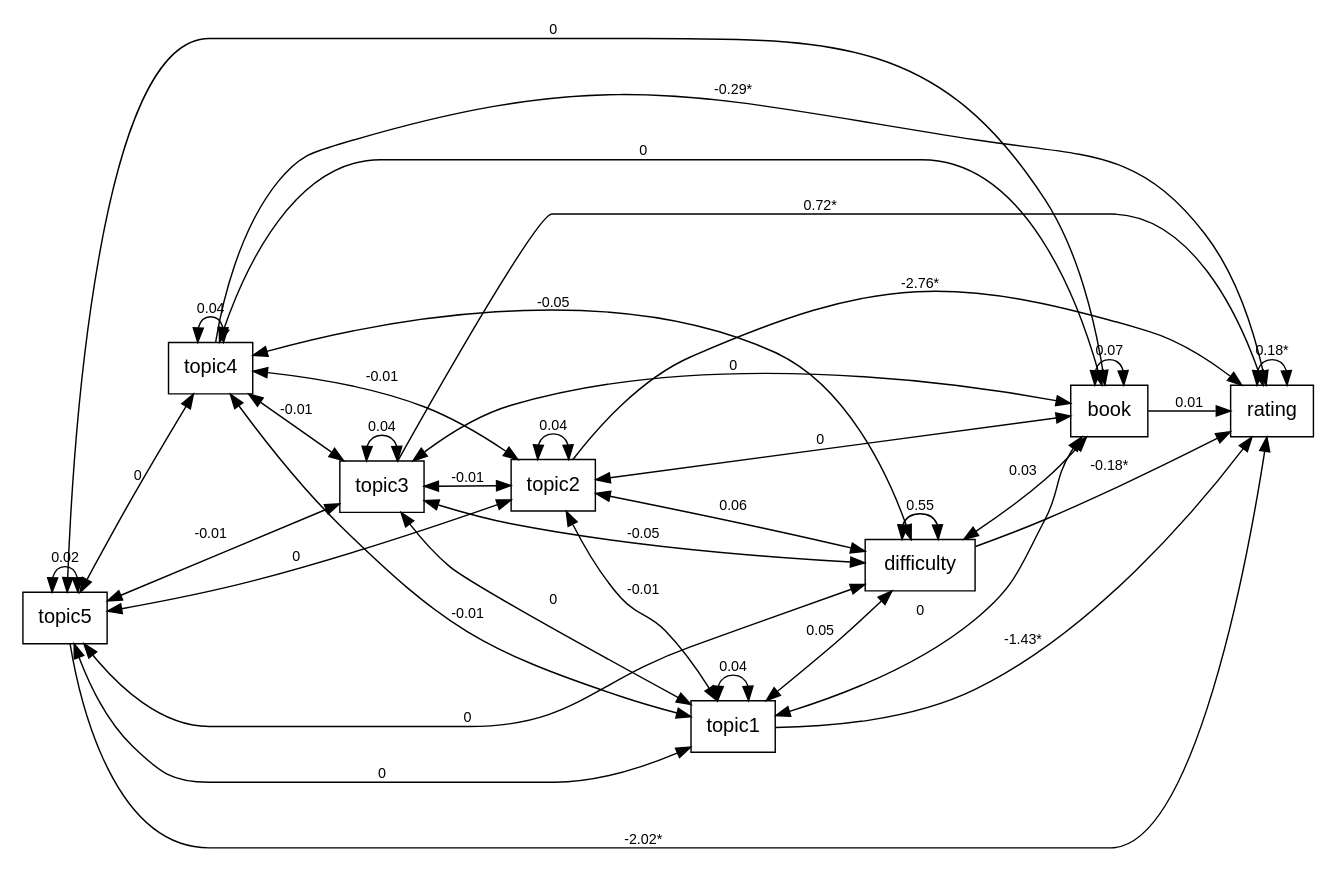
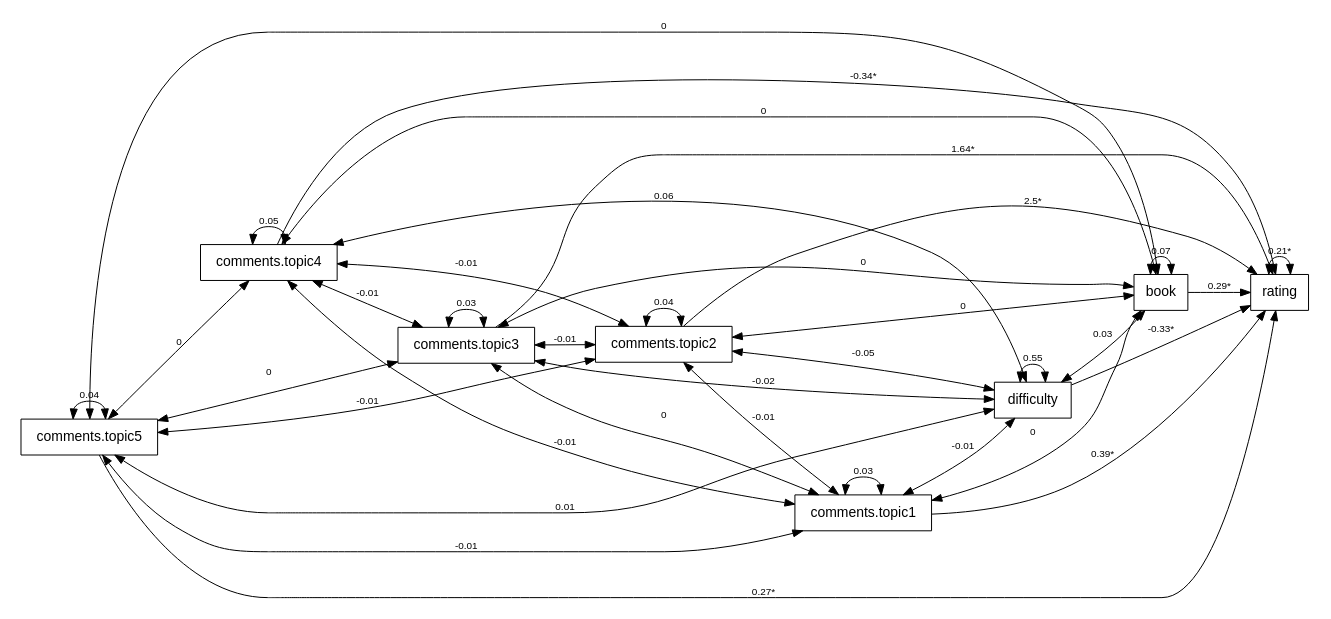
Before and after one commit to Stan7s/TextSEM: the diagram in topic.dot, drawn with Graphviz. The commit also changed 9 other files, not shown here.

```diff
--- a/topic.dot
+++ b/topic.dot
@@ -1,43 +1,43 @@
 digraph "pathdiagram" {
   rankdir=LR;
   size="8,8";
   node [fontname="Helvetica" fontsize=14 shape=box];
   edge [fontname="Helvetica" fontsize=10];
   center=1;
-  "book" -> "rating" [label="0.01"];
-  "difficulty" -> "rating" [label="-0.18*"];
-  "topic1" -> "rating" [label="-1.43*"];
-  "topic2" -> "rating" [label="-2.76*"];
-  "topic3" -> "rating" [label="0.72*"];
-  "topic4" -> "rating" [label="-0.29*"];
-  "topic5" -> "rating" [label="-2.02*"];
-  "rating" -> "rating" [label="0.18*"  dir=both];
+  "book" -> "rating" [label="0.29*"];
+  "difficulty" -> "rating" [label="-0.33*"];
+  "comments.topic1" -> "rating" [label="0.39*"];
+  "comments.topic2" -> "rating" [label="2.5*"];
+  "comments.topic3" -> "rating" [label="1.64*"];
+  "comments.topic4" -> "rating" [label="-0.34*"];
+  "comments.topic5" -> "rating" [label="0.27*"];
+  "rating" -> "rating" [label="0.21*"  dir=both];
   "book" -> "book" [label="0.07"  dir=both];
   "difficulty" -> "book" [label="0.03"  dir=both];
-  "topic1" -> "book" [label="0"  dir=both];
-  "topic2" -> "book" [label="0"  dir=both];
-  "topic3" -> "book" [label="0"  dir=both];
-  "topic4" -> "book" [label="0"  dir=both];
-  "topic5" -> "book" [label="0"  dir=both];
+  "comments.topic1" -> "book" [label="0"  dir=both];
+  "comments.topic2" -> "book" [label="0"  dir=both];
+  "comments.topic3" -> "book" [label="0"  dir=both];
+  "comments.topic4" -> "book" [label="0"  dir=both];
+  "comments.topic5" -> "book" [label="0"  dir=both];
   "difficulty" -> "difficulty" [label="0.55"  dir=both];
-  "topic1" -> "difficulty" [label="0.05"  dir=both];
-  "topic2" -> "difficulty" [label="0.06"  dir=both];
-  "topic3" -> "difficulty" [label="-0.05"  dir=both];
-  "topic4" -> "difficulty" [label="-0.05"  dir=both];
-  "topic5" -> "difficulty" [label="0"  dir=both];
-  "topic1" -> "topic1" [label="0.04"  dir=both];
-  "topic2" -> "topic1" [label="-0.01"  dir=both];
-  "topic3" -> "topic1" [label="0"  dir=both];
-  "topic4" -> "topic1" [label="-0.01"  dir=both];
-  "topic5" -> "topic1" [label="0"  dir=both];
-  "topic2" -> "topic2" [label="0.04"  dir=both];
-  "topic3" -> "topic2" [label="-0.01"  dir=both];
-  "topic4" -> "topic2" [label="-0.01"  dir=both];
-  "topic5" -> "topic2" [label="0"  dir=both];
-  "topic3" -> "topic3" [label="0.04"  dir=both];
-  "topic4" -> "topic3" [label="-0.01"  dir=both];
-  "topic5" -> "topic3" [label="-0.01"  dir=both];
-  "topic4" -> "topic4" [label="0.04"  dir=both];
-  "topic5" -> "topic4" [label="0"  dir=both];
-  "topic5" -> "topic5" [label="0.02"  dir=both];
+  "comments.topic1" -> "difficulty" [label="-0.01"  dir=both];
+  "comments.topic2" -> "difficulty" [label="-0.05"  dir=both];
+  "comments.topic3" -> "difficulty" [label="-0.02"  dir=both];
+  "comments.topic4" -> "difficulty" [label="0.06"  dir=both];
+  "comments.topic5" -> "difficulty" [label="0.01"  dir=both];
+  "comments.topic1" -> "comments.topic1" [label="0.03"  dir=both];
+  "comments.topic2" -> "comments.topic1" [label="-0.01"  dir=both];
+  "comments.topic3" -> "comments.topic1" [label="0"  dir=both];
+  "comments.topic4" -> "comments.topic1" [label="-0.01"  dir=both];
+  "comments.topic5" -> "comments.topic1" [label="-0.01"  dir=both];
+  "comments.topic2" -> "comments.topic2" [label="0.04"  dir=both];
+  "comments.topic3" -> "comments.topic2" [label="-0.01"  dir=both];
+  "comments.topic4" -> "comments.topic2" [label="-0.01"  dir=both];
+  "comments.topic5" -> "comments.topic2" [label="-0.01"  dir=both];
+  "comments.topic3" -> "comments.topic3" [label="0.03"  dir=both];
+  "comments.topic4" -> "comments.topic3" [label="-0.01"  dir=both];
+  "comments.topic5" -> "comments.topic3" [label="0"  dir=both];
+  "comments.topic4" -> "comments.topic4" [label="0.05"  dir=both];
+  "comments.topic5" -> "comments.topic4" [label="0"  dir=both];
+  "comments.topic5" -> "comments.topic5" [label="0.04"  dir=both];
 }
```
